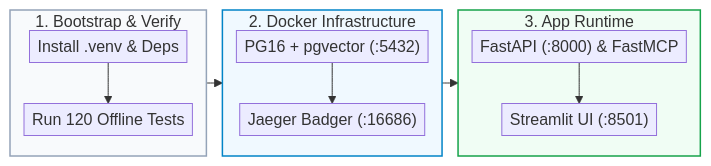
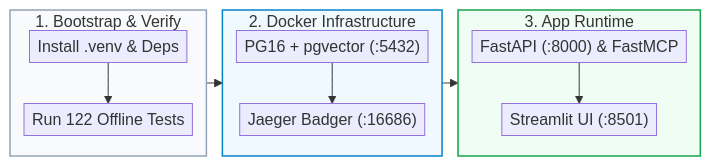
Before and after one commit to Kenono2000/enterprise-rag-pgvector-rbac: the third of 7 diagrams in README.md, drawn with Mermaid. The commit also changed other lines of this file and 5 other files, not shown here.

````diff
--- a/README.md
+++ b/README.md
@@ -71,20 +71,20 @@
 ```mermaid
 %%{init: {'flowchart': {'nodeSpacing': 8, 'rankSpacing': 16, 'padding': 4}}}%%
 flowchart LR
     subgraph DevBootstrap ["1. Bootstrap & Verify"]
         direction TB
-        Venv["Install .venv & Deps"] --> Pytest["Run 120 Offline Tests"]
+        Venv["Install .venv & Deps"] --> Pytest["Run 122 Offline Tests"]
     end
     subgraph Containers ["2. Docker Infrastructure"]
         direction TB
         PG16["PG16 + pgvector (:5432)"] --> Jaeger["Jaeger Badger (:16686)"]
     end
     subgraph Services ["3. App Runtime"]
         direction TB
         FastAPI["FastAPI (:8000) & FastMCP"] --> Streamlit["Streamlit UI (:8501)"]
     end
     DevBootstrap --> Containers --> Services
     style DevBootstrap fill:#f8fafc,stroke:#94a3b8,stroke-width:1.5px
     style Containers fill:#f0f9ff,stroke:#0284c7,stroke-width:1.5px
     style Services fill:#f0fdf4,stroke:#16a34a,stroke-width:1.5px
 ```
````
